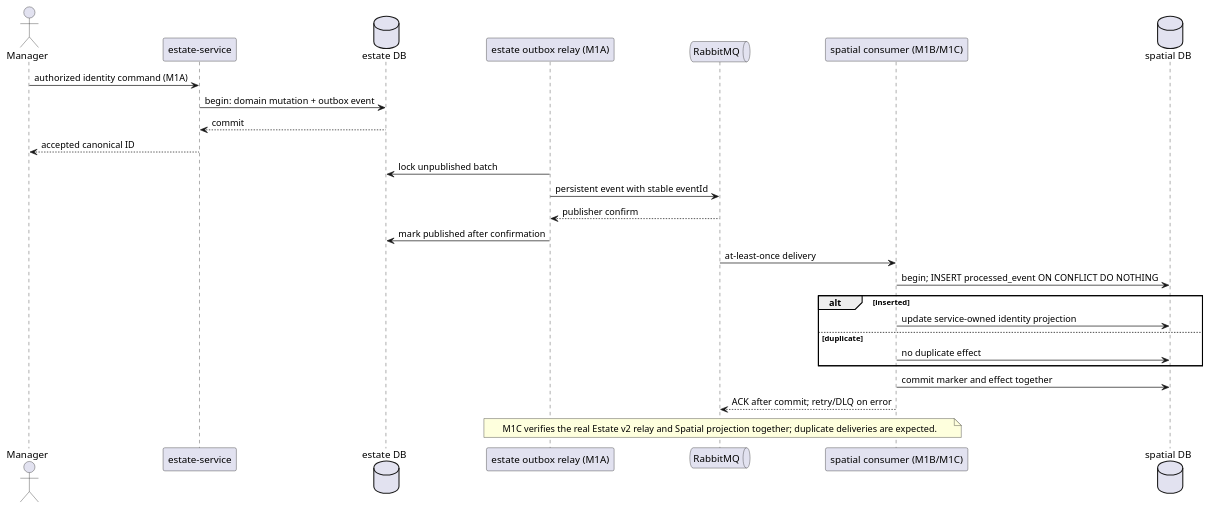
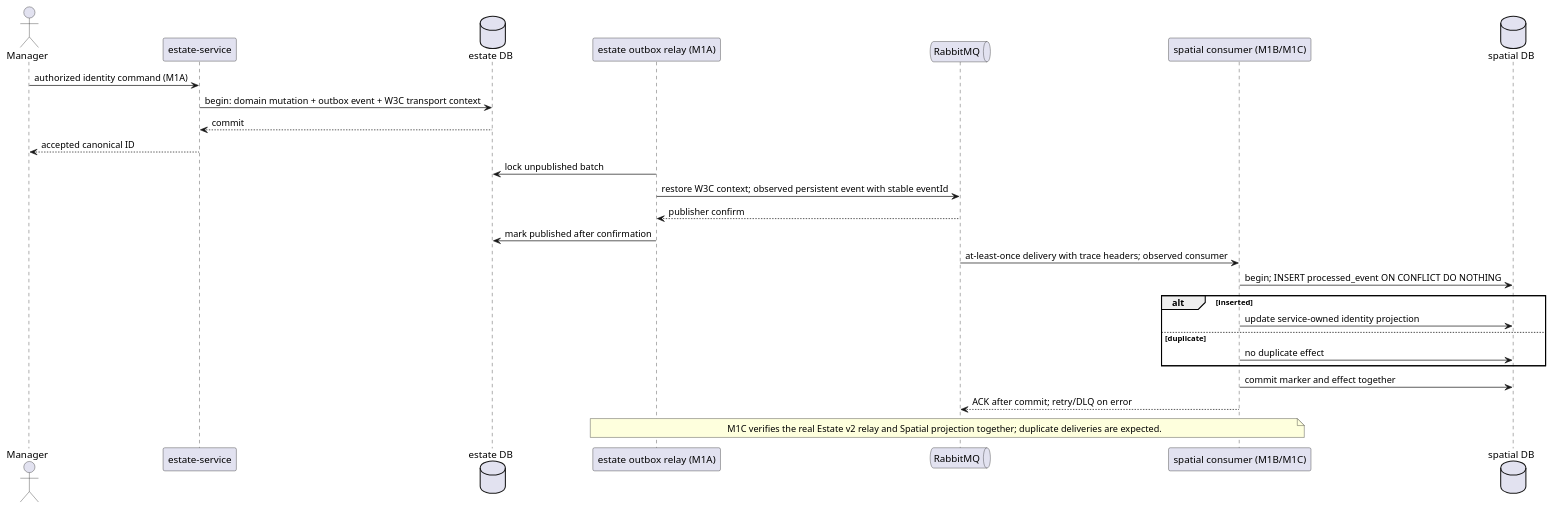
One commit to swapnilpuri/agrosphere-architecture changed the diagram in docs/architecture/EVENT_FLOWS.puml. Above: the diagram before and after it, drawn with PlantUML. The commit also changed 8 other files, not shown here.

Commit message:
feat: Update changelog and documentation for Milestone 1C integration, including new ADRs and architectural diagrams

```diff
--- a/docs/architecture/EVENT_FLOWS.puml
+++ b/docs/architecture/EVENT_FLOWS.puml
@@ -1,27 +1,27 @@
 @startuml
 actor Manager
 participant "estate-service" as Estate
 database "estate DB" as EstateDB
 participant "estate outbox relay (M1A)" as Relay
 queue "RabbitMQ" as Bus
 participant "spatial consumer (M1B/M1C)" as Spatial
 database "spatial DB" as SpatialDB
 Manager -> Estate : authorized identity command (M1A)
-Estate -> EstateDB : begin: domain mutation + outbox event
+Estate -> EstateDB : begin: domain mutation + outbox event + W3C transport context
 EstateDB --> Estate : commit
 Estate --> Manager : accepted canonical ID
 Relay -> EstateDB : lock unpublished batch
-Relay -> Bus : persistent event with stable eventId
+Relay -> Bus : restore W3C context; observed persistent event with stable eventId
 Bus --> Relay : publisher confirm
 Relay -> EstateDB : mark published after confirmation
-Bus -> Spatial : at-least-once delivery
+Bus -> Spatial : at-least-once delivery with trace headers; observed consumer
 Spatial -> SpatialDB : begin; INSERT processed_event ON CONFLICT DO NOTHING
 alt inserted
   Spatial -> SpatialDB : update service-owned identity projection
 else duplicate
   Spatial -> SpatialDB : no duplicate effect
 end
 Spatial -> SpatialDB : commit marker and effect together
 Spatial --> Bus : ACK after commit; retry/DLQ on error
 note over Relay,Spatial : M1C verifies the real Estate v2 relay and Spatial projection together; duplicate deliveries are expected.
 @enduml
```
